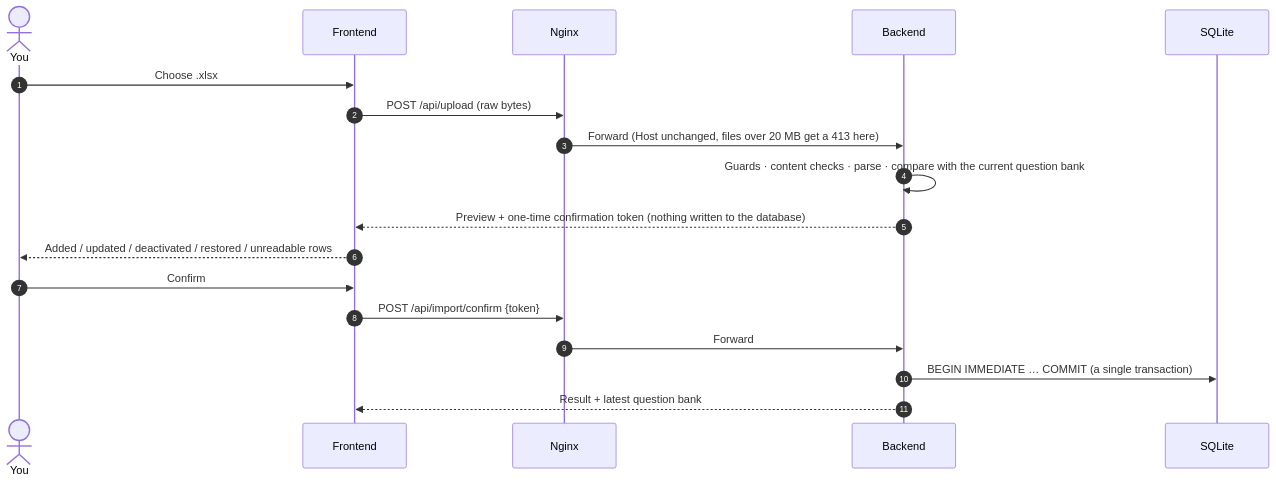
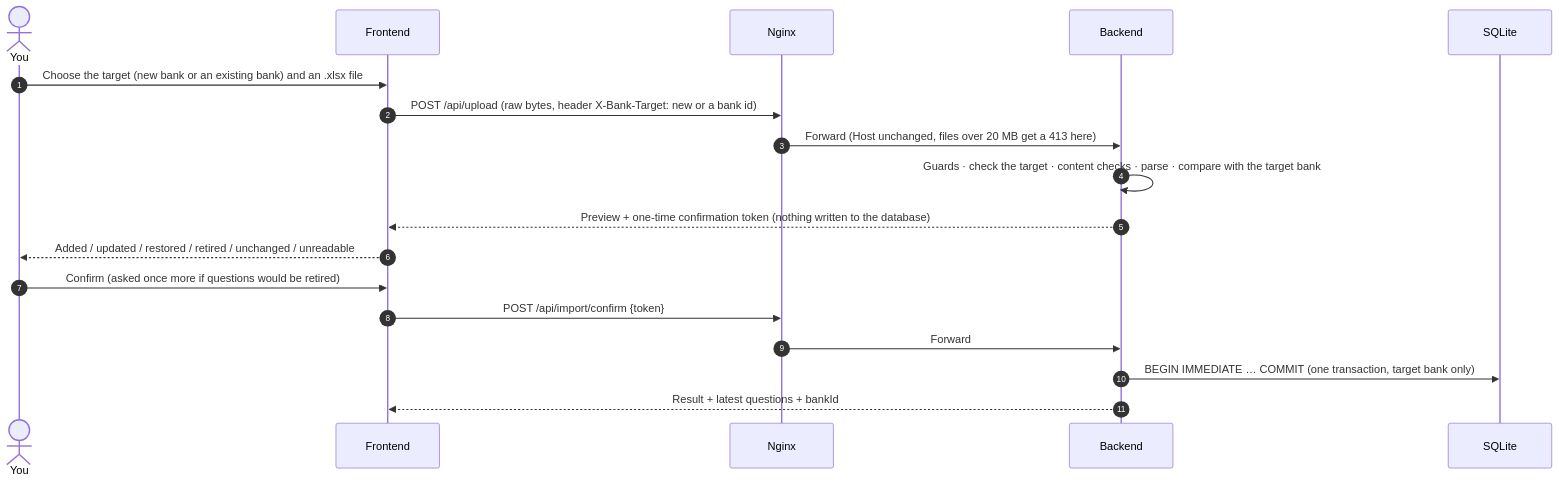
One commit to Yumin-Space/xexam changed the third of 7 diagrams in README.md. Above: the diagram before and after it, drawn with Mermaid. The commit also changed other lines of this file and 205 other files, not shown here.

````diff
--- a/README.md
+++ b/README.md
@@ -146,20 +649,20 @@
 ```mermaid
 sequenceDiagram
     autonumber
-    actor 你 as You
-    participant 前端 as Frontend
+    actor You
+    participant F as Frontend
     participant N as Nginx
-    participant 后端 as Backend
-    participant 库 as SQLite
-    你->>前端: Choose .xlsx
-    前端->>N: POST /api/upload (raw bytes)
-    N->>后端: Forward (Host unchanged, files over 20 MB get a 413 here)
-    后端->>后端: Guards · content checks · parse · compare with the current question bank
-    后端-->>前端: Preview + one-time confirmation token (nothing written to the database)
-    前端-->>你: Added / updated / deactivated / restored / unreadable rows
-    你->>前端: Confirm
-    前端->>N: POST /api/import/confirm {token}
-    N->>后端: Forward
-    后端->>库: BEGIN IMMEDIATE … COMMIT (a single transaction)
-    后端-->>前端: Result + latest question bank
+    participant B as Backend
+    participant D as SQLite
+    You->>F: Choose the target (new bank or an existing bank) and an .xlsx file
+    F->>N: POST /api/upload (raw bytes, header X-Bank-Target: new or a bank id)
+    N->>B: Forward (Host unchanged, files over 20 MB get a 413 here)
+    B->>B: Guards · check the target · content checks · parse · compare with the target bank
+    B-->>F: Preview + one-time confirmation token (nothing written to the database)
+    F-->>You: Added / updated / restored / retired / unchanged / unreadable
+    You->>F: Confirm (asked once more if questions would be retired)
+    F->>N: POST /api/import/confirm {token}
+    N->>B: Forward
+    B->>D: BEGIN IMMEDIATE … COMMIT (one transaction, target bank only)
+    B-->>F: Result + latest questions + bankId
 ```
````
